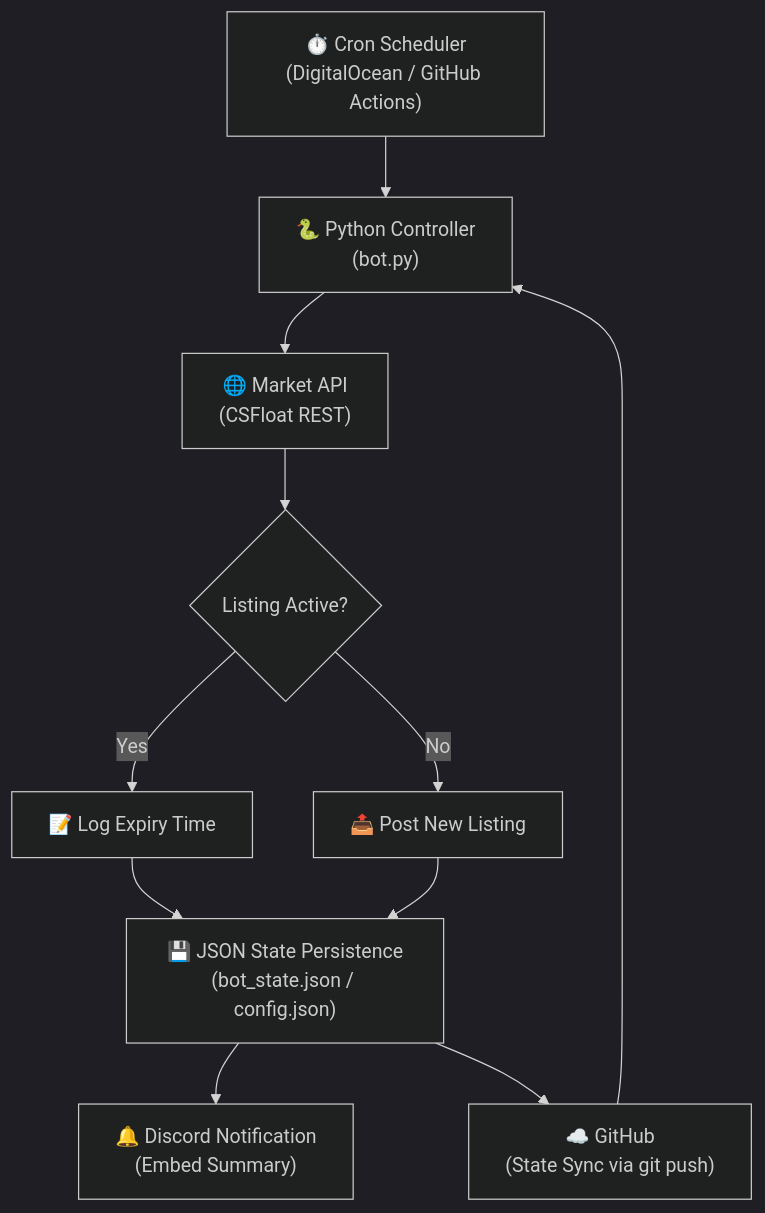
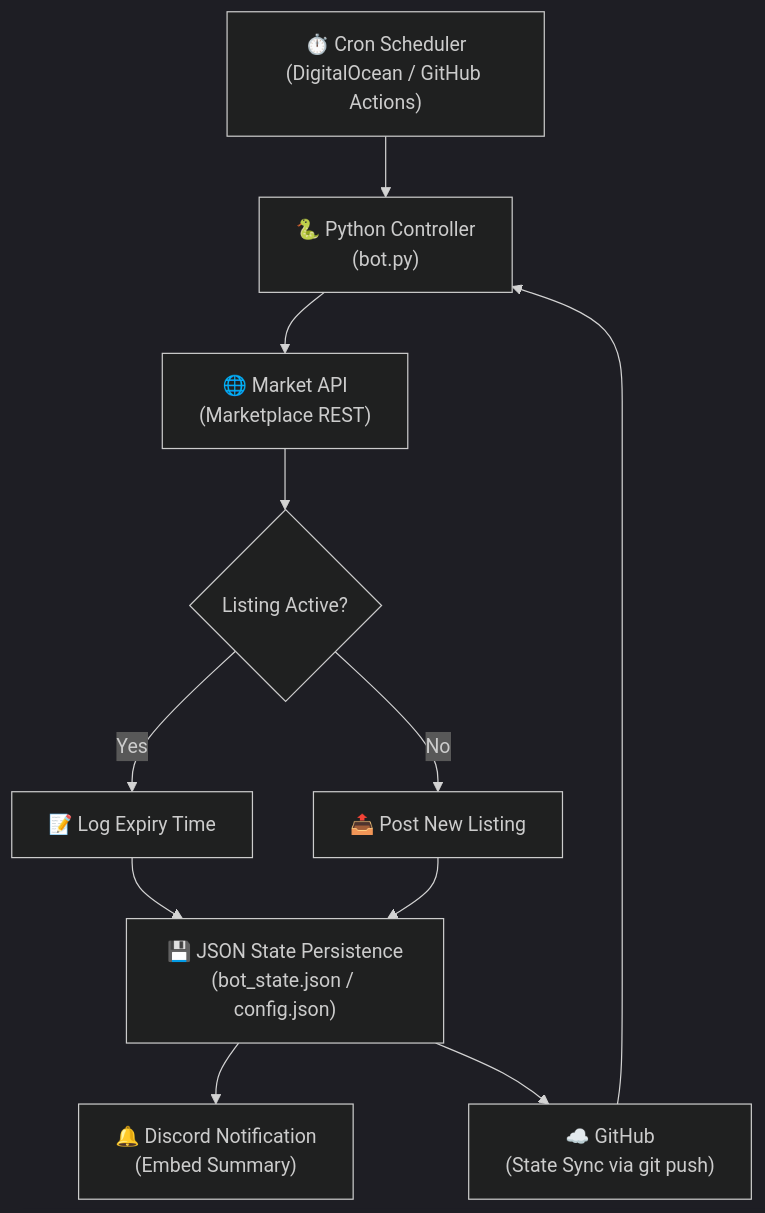
The diagram in README.md (ChardXBT/auto-lister), drawn with Mermaid (dark theme) before and after one commit. The commit also changed other lines of this file, not shown here.

````diff
--- a/README.md
+++ b/README.md
@@ -37,13 +37,13 @@
 ```mermaid
 flowchart TD
     A["⏱️ Cron Scheduler\n(DigitalOcean / GitHub Actions)"] --> B["🐍 Python Controller\n(bot.py)"]
-    B --> C["🌐 Market API\n(CSFloat REST)"]
+    B --> C["🌐 Market API\n(Marketplace REST)"]
     C --> D{"Listing Active?"}
     D -- Yes --> E["📝 Log Expiry Time"]
     D -- No --> F["📤 Post New Listing"]
     E --> G["💾 JSON State Persistence\n(bot_state.json / config.json)"]
     F --> G
     G --> H["🔔 Discord Notification\n(Embed Summary)"]
     G --> I["☁️ GitHub\n(State Sync via git push)"]
     I --> B
 ```
````
